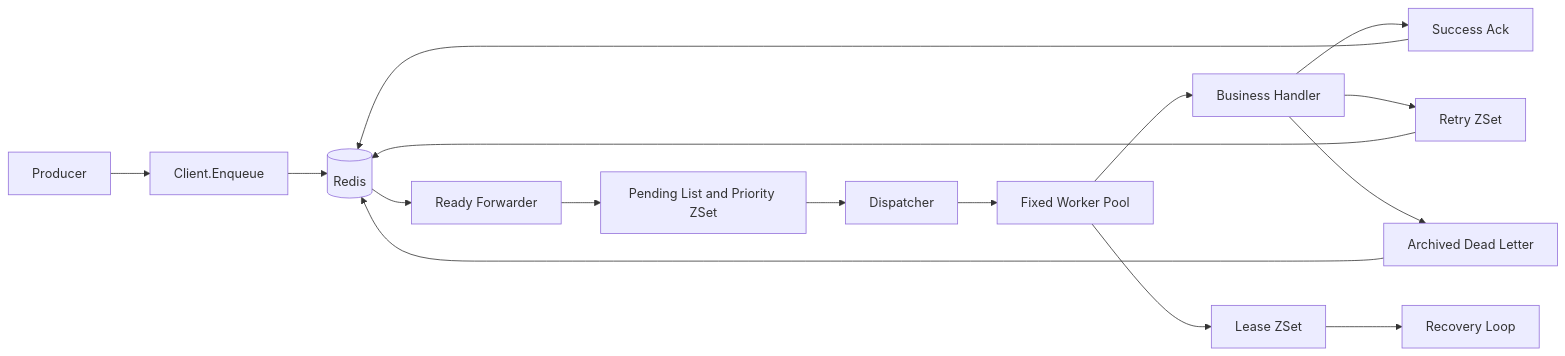
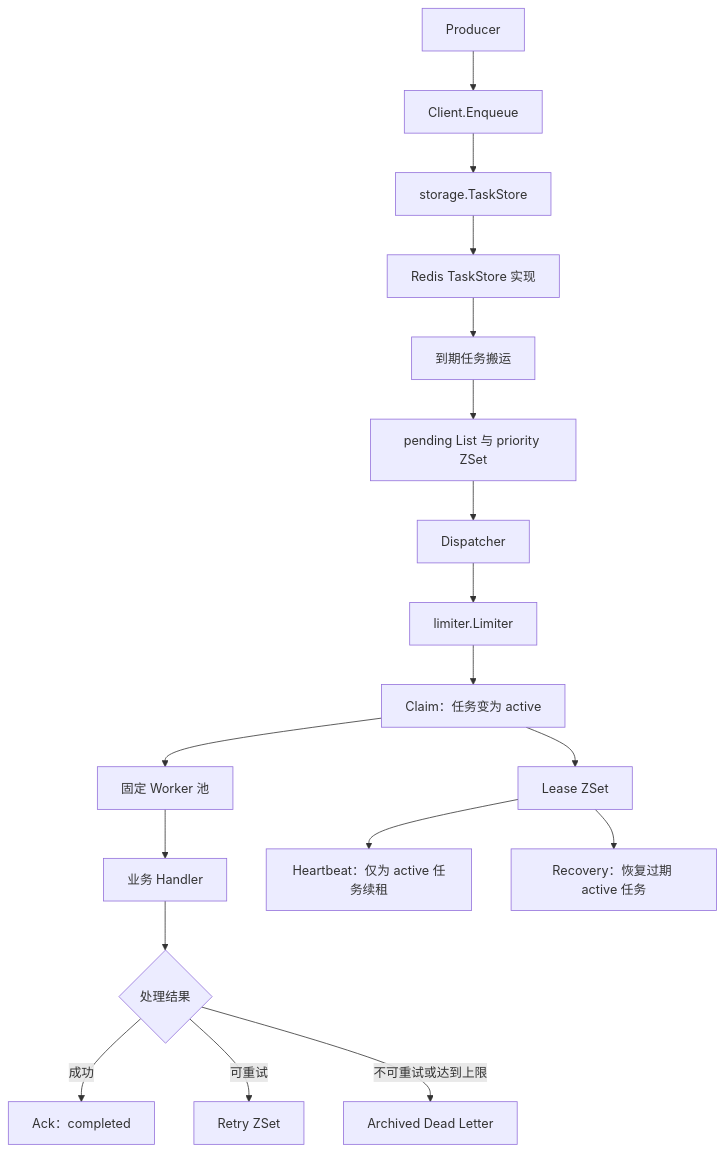
One commit to AndisWarm/Go-TaskEngine changed the first of 2 diagrams in docs/architecture.md. Above: the diagram before and after it, drawn with Mermaid. The commit also changed other lines of this file, not shown here.

Commit message:
docs: document hardened task lifecycle

````diff
--- a/docs/architecture.md
+++ b/docs/architecture.md
@@ -5,18 +53,21 @@
 ```mermaid
-flowchart LR
-    producer[Producer] --> enqueue[Client.Enqueue]
-    enqueue --> redis[(Redis)]
-    redis --> forwarder[Ready Forwarder]
-    forwarder --> pending[Pending List and Priority ZSet]
-    pending --> dispatcher[Dispatcher]
-    dispatcher --> workers[Fixed Worker Pool]
-    workers --> handler[Business Handler]
-    workers --> lease[Lease ZSet]
-    lease --> recovery[Recovery Loop]
-    handler --> success[Success Ack]
-    handler --> retry[Retry ZSet]
-    handler --> archived[Archived Dead Letter]
-    success --> redis
-    retry --> redis
-    archived --> redis
+%%{init: {"fontFamily": "Microsoft YaHei, PingFang SC, sans-serif"}}%%
+flowchart TB
+    producer["Producer"] --> enqueue["Client.Enqueue"]
+    enqueue --> contract["storage.TaskStore"]
+    contract --> redis["Redis TaskStore 实现"]
+    redis --> ready["到期任务搬运"]
+    ready --> pending["pending List 与 priority ZSet"]
+    pending --> dispatcher["Dispatcher"]
+    dispatcher --> limiter["limiter.Limiter"]
+    limiter --> claim["Claim：任务变为 active"]
+    claim --> workers["固定 Worker 池"]
+    workers --> handler["业务 Handler"]
+    handler --> outcome{"处理结果"}
+    outcome -->|"成功"| success["Ack：completed"]
+    outcome -->|"可重试"| retry["Retry ZSet"]
+    outcome -->|"不可重试或达到上限"| archived["Archived Dead Letter"]
+    claim --> lease["Lease ZSet"]
+    lease --> heartbeat["Heartbeat：仅为 active 任务续租"]
+    lease --> recovery["Recovery：恢复过期 active 任务"]
 ```
````
